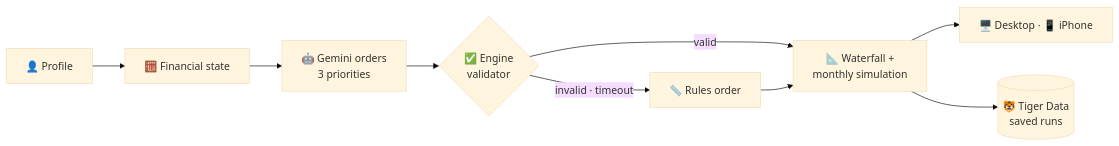
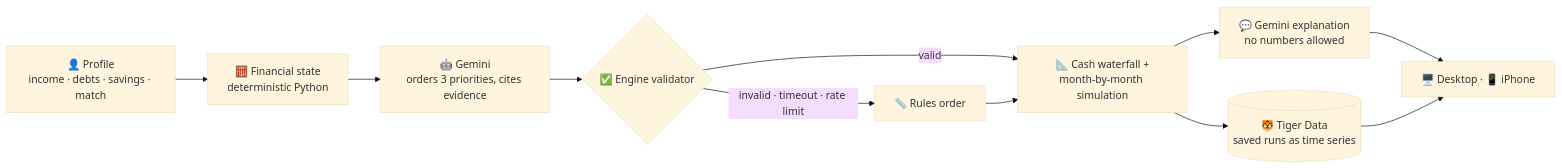
Before and after one commit to TheCoderrrrr/HackUMBC: the first of 3 diagrams in README.md, drawn with Mermaid (base theme). The commit also changed other lines of this file, not shown here.

First line of the commit message:
README: restore context and diagrams, results by track, impact section

````diff
--- a/README.md
+++ b/README.md
@@ -49,10 +66,12 @@
 ```mermaid
 flowchart LR
-    profile["👤 Profile"] --> state["🧮 Financial state"]
-    state --> gemini["🤖 Gemini orders<br/>3 priorities"]
-    gemini --> check{"✅ Engine<br/>validator"}
-    check -- valid --> engine["📐 Waterfall +<br/>monthly simulation"]
-    check -- "invalid · timeout" --> rules["📏 Rules order"] --> engine
-    engine --> apps["🖥️ Desktop · 📱 iPhone"]
-    engine --> tiger[("🐯 Tiger Data<br/>saved runs")]
+    profile["👤 Profile<br/>income · debts · savings · match"] --> state["🧮 Financial state<br/>deterministic Python"]
+    state --> gemini["🤖 Gemini<br/>orders 3 priorities, cites evidence"]
+    gemini --> validate{"✅ Engine validator"}
+    validate -- "valid" --> engine["📐 Cash waterfall +<br/>month-by-month simulation"]
+    validate -- "invalid · timeout · rate limit" --> rules["📏 Rules order"] --> engine
+    engine --> explain["💬 Gemini explanation<br/>no numbers allowed"]
+    explain --> apps["🖥️ Desktop · 📱 iPhone"]
+    engine --> tiger[("🐯 Tiger Data<br/>saved runs as time series")]
+    tiger --> apps
 ```
````
